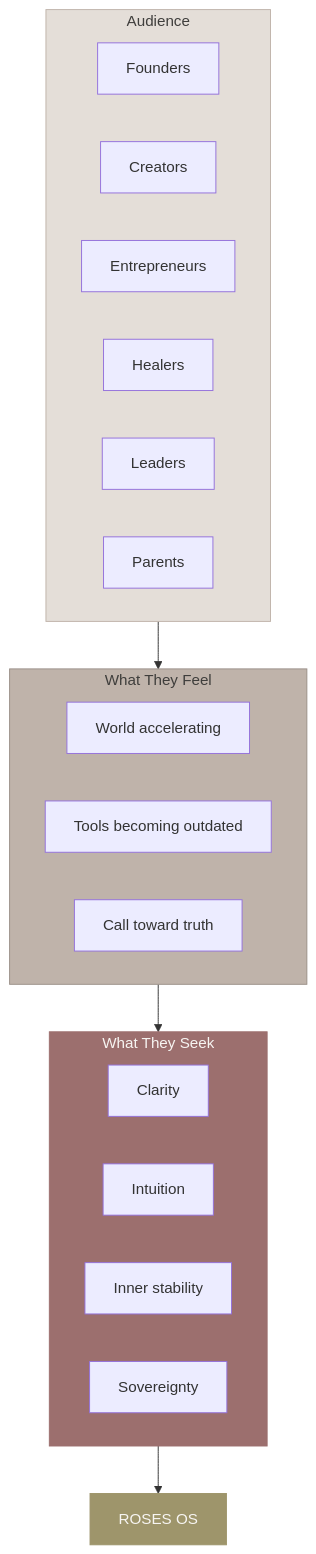
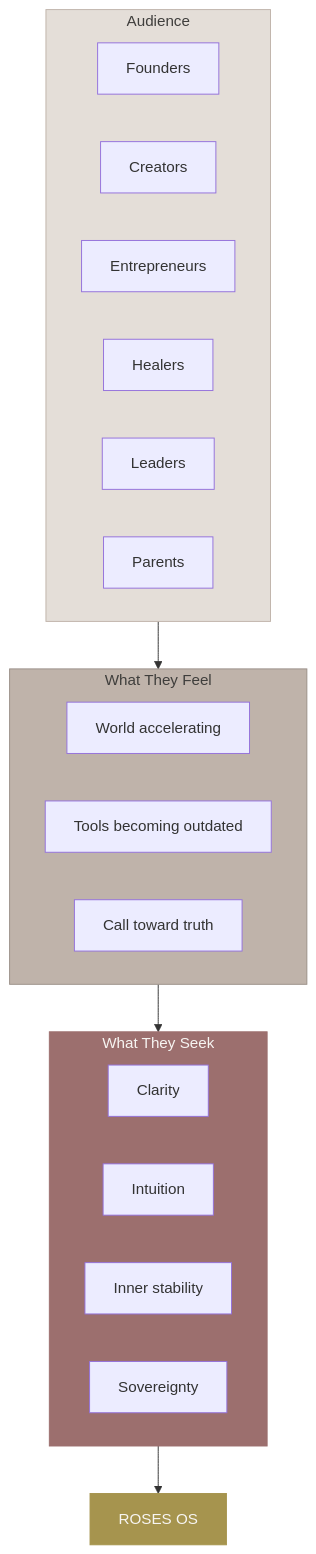
The fourth of 28 diagrams in docs/brand-dna.md (Light-Brands/roses-os), drawn with Mermaid before and after one commit. The commit also changed other lines of this file and 1 other file, not shown here.

````diff
--- a/docs/brand-dna.md
+++ b/docs/brand-dna.md
@@ -172,27 +172,27 @@
 ```mermaid
 graph TD
     subgraph WHO["Audience"]
         F[Founders] & CR[Creators] & E[Entrepreneurs]
         H[Healers] & L[Leaders] & P[Parents]
     end
 
     subgraph FEEL["What They Feel"]
         WA["World accelerating"]
         TO["Tools becoming outdated"]
         CT["Call toward truth"]
     end
 
     subgraph DESIRE["What They Seek"]
         CL["Clarity"]
         IN["Intuition"]
         IS["Inner stability"]
         SV["Sovereignty"]
     end
 
     WHO --> FEEL --> DESIRE --> ROS["ROSES OS"]
 
     style WHO fill:#E4DED8,color:#3F3E3C,stroke:#BFB3AA
     style FEEL fill:#BFB3AA,color:#3F3E3C,stroke:#9A8F88
     style DESIRE fill:#9C6F6E,color:#F7F5F2,stroke:#9C6F6E
-    style ROS fill:#9E956B,color:#F7F5F2,stroke:#9E956B
+    style ROS fill:#A6944E,color:#F7F5F2,stroke:#A6944E
 ```
````
